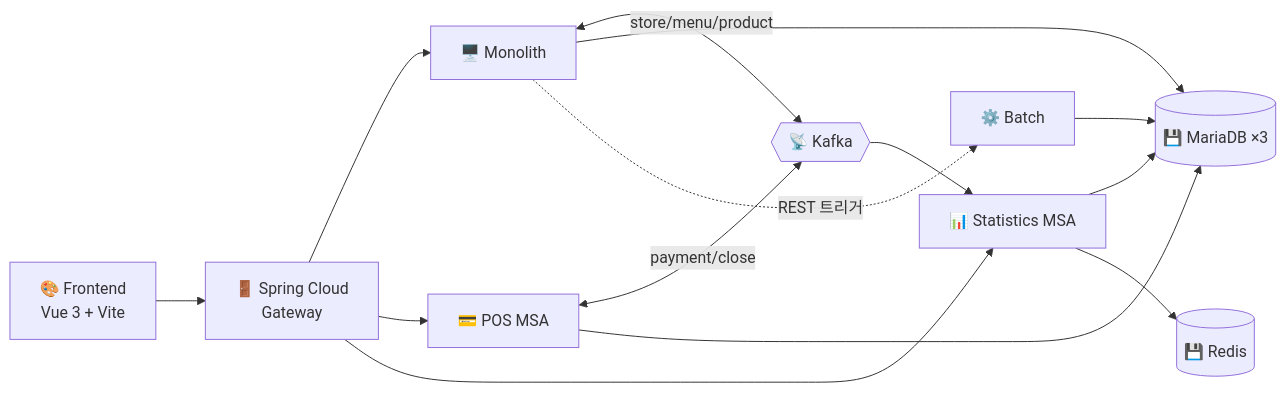
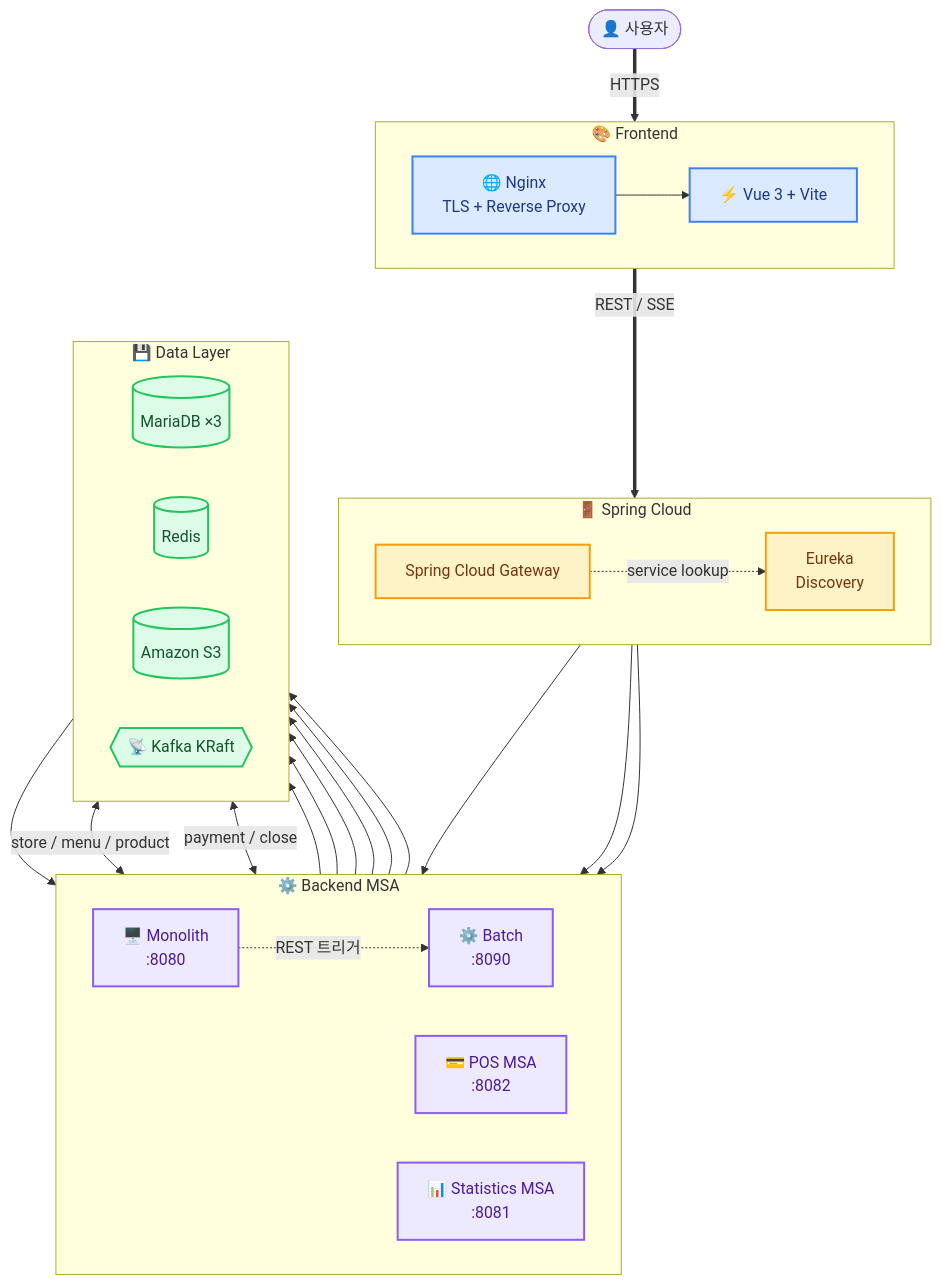
Before and after one commit to beyond-sw-camp/be24-fin-Fiveguys-Nexus: the diagram in README.md, drawn with Mermaid. The commit also changed other lines of this file and 4 other files, not shown here.

First line of the commit message:
루트 README: - 주요 기능 슬림화 (본사 6 + 가맹점 5 + 공통 3) 표 형식 - Service Flow → 전체 Workflow flowchart 하나만 유지 (4 레이어 + classDef 색상)   8개 시나리오는 backend/README 로 이동 - Amazon S3 배지 추가 - Documents & Wiki 의 Backend 설명 단순화 (Gateway / Eureka → Spring Cloud) - 빠른 시작 → 맨 마지막 + .env.example + 원클릭 스크립트 안내

````diff
--- a/README.md
+++ b/README.md
@@ -278,18 +196,63 @@
 ```mermaid
-flowchart LR
-    Vue[🎨 Frontend<br/>Vue 3 + Vite] --> GWN[🚪 Spring Cloud<br/>Gateway]
-    GWN --> Mono[🖥️ Monolith]
-    GWN --> POS[💳 POS MSA]
-    GWN --> Stats[📊 Statistics MSA]
+flowchart TB
+    User([👤 사용자])
 
-    Mono <-->|store/menu/product| Kafka{{📡 Kafka}}
-    POS <-->|payment/close| Kafka
+    subgraph FrontLayer [" 🎨 Frontend "]
+        direction LR
+        Nginx[🌐 Nginx<br/>TLS + Reverse Proxy]
+        Vue[⚡ Vue 3 + Vite]
+    end
+
+    subgraph GatewayLayer [" 🚪 Spring Cloud "]
+        direction LR
+        Eureka[Eureka<br/>Discovery]
+        Gateway[Spring Cloud Gateway]
+    end
+
+    subgraph BackendLayer [" ⚙️ Backend MSA "]
+        direction LR
+        Mono[🖥️ Monolith<br/>:8080]
+        POS[💳 POS MSA<br/>:8082]
+        Stats[📊 Statistics MSA<br/>:8081]
+        Batch[⚙️ Batch<br/>:8090]
+    end
+
+    subgraph DataLayer [" 💾 Data Layer "]
+        direction LR
+        DB[(MariaDB ×3)]
+        Redis[(Redis)]
+        S3[(Amazon S3)]
+        Kafka{{📡 Kafka KRaft}}
+    end
+
+    User ==>|HTTPS| Nginx
+    Nginx --> Vue
+    Vue ==>|REST / SSE| Gateway
+    Gateway -.->|service lookup| Eureka
+
+    Gateway --> Mono
+    Gateway --> POS
+    Gateway --> Stats
+
+    Mono <-->|store / menu / product| Kafka
+    POS <-->|payment / close| Kafka
     Kafka --> Stats
 
-    Mono --> DB[(💾 MariaDB ×3)]
+    Mono --> DB
     POS --> DB
     Stats --> DB
-    Stats --> Redis[(💾 Redis)]
-    Mono -.->|REST 트리거| Batch[⚙️ Batch]
+    Stats --> Redis
+    Mono --> S3
+    Mono -.->|REST 트리거| Batch
     Batch --> DB
+
+    classDef front fill:#dbeafe,stroke:#3b82f6,stroke-width:2px,color:#1e3a8a
+    classDef gateway fill:#fef3c7,stroke:#f59e0b,stroke-width:2px,color:#78350f
+    classDef backend fill:#ede9fe,stroke:#8b5cf6,stroke-width:2px,color:#4c1d95
+    classDef data fill:#dcfce7,stroke:#22c55e,stroke-width:2px,color:#14532d
+
+    class Nginx,Vue front
+    class Eureka,Gateway gateway
+    class Mono,POS,Stats,Batch backend
+    class DB,Redis,S3,Kafka data
 ```
````
